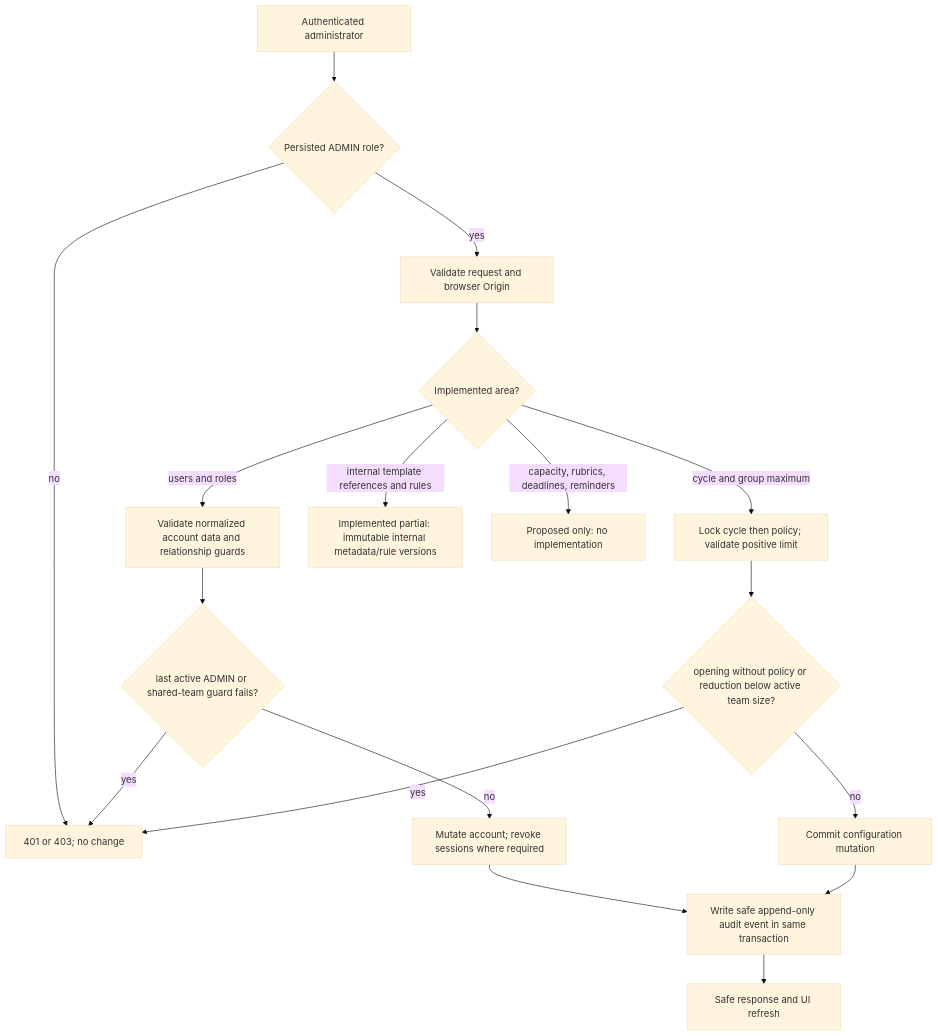
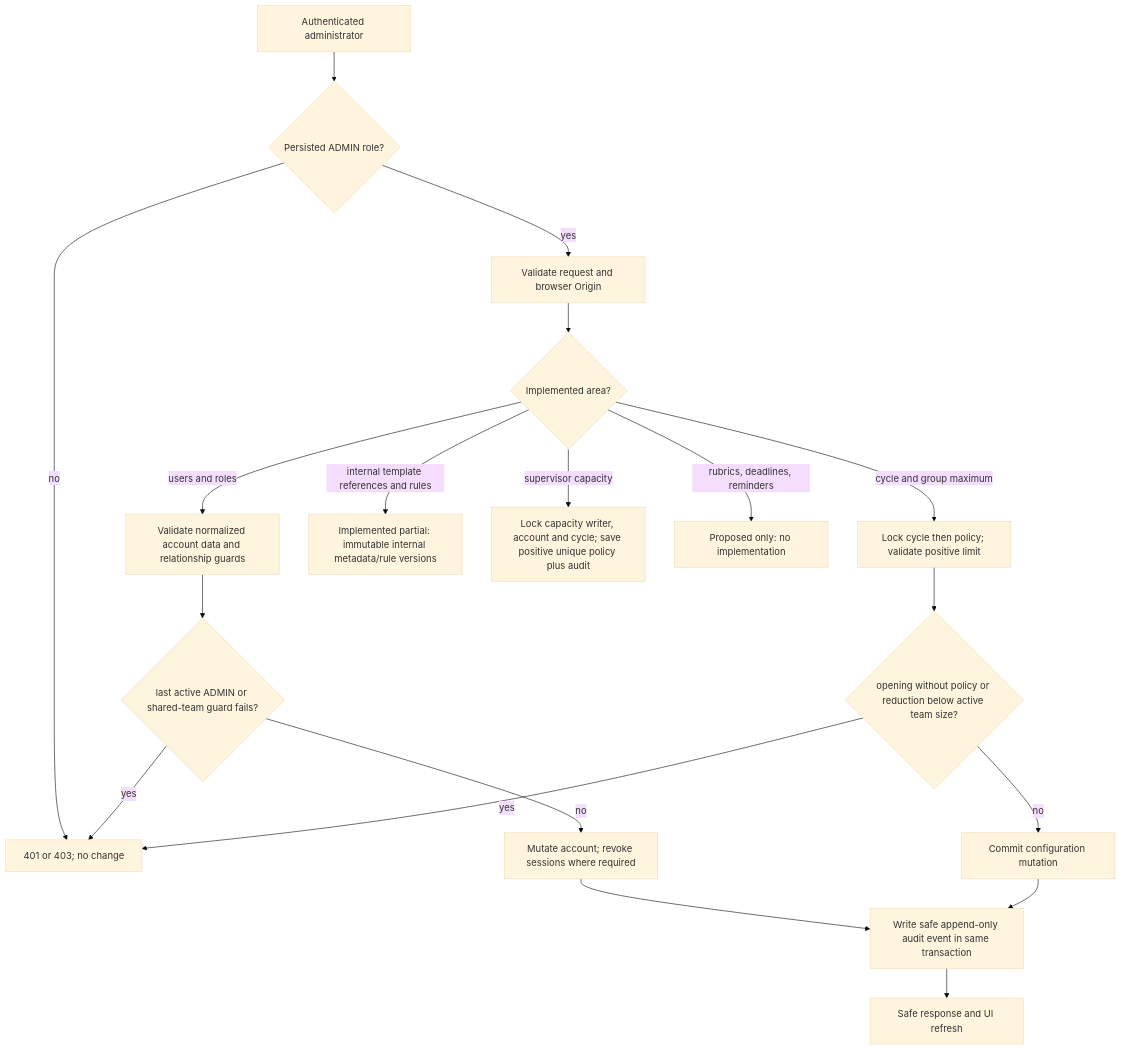
One commit to farazd63/FYPHub changed the third of 6 diagrams in docs/p1-workflows.md. Above: the diagram before and after it, drawn with Mermaid (base theme). The commit also changed other lines of this file and 21 other files, not shown here.

Commit message:
Add supervisor capacity management and Admin UI fixes

````diff
--- a/docs/p1-workflows.md
+++ b/docs/p1-workflows.md
@@ -50,20 +50,21 @@
 ```mermaid
 flowchart TD
     A[Authenticated administrator] --> B{Persisted ADMIN role?}
     B -- no --> X[401 or 403; no change]
     B -- yes --> C[Validate request and browser Origin]
     C --> D{Implemented area?}
     D -->|users and roles| E[Validate normalized account data and relationship guards]
     D -->|cycle and group maximum| F[Lock cycle then policy; validate positive limit]
     D -->|internal template references and rules| P[Implemented partial: immutable internal metadata/rule versions]
-    D -->|capacity, rubrics, deadlines, reminders| Q[Proposed only: no implementation]
+    D -->|supervisor capacity| R[Lock capacity writer, account and cycle; save positive unique policy plus audit]
+    D -->|rubrics, deadlines, reminders| Q[Proposed only: no implementation]
     E --> G{last active ADMIN or shared-team guard fails?}
     G -- yes --> X
     G -- no --> H[Mutate account; revoke sessions where required]
     F --> I{opening without policy or reduction below active team size?}
     I -- yes --> X
     I -- no --> J[Commit configuration mutation]
     H --> K[Write safe append-only audit event in same transaction]
     J --> K
     K --> L[Safe response and UI refresh]
 ```
````
